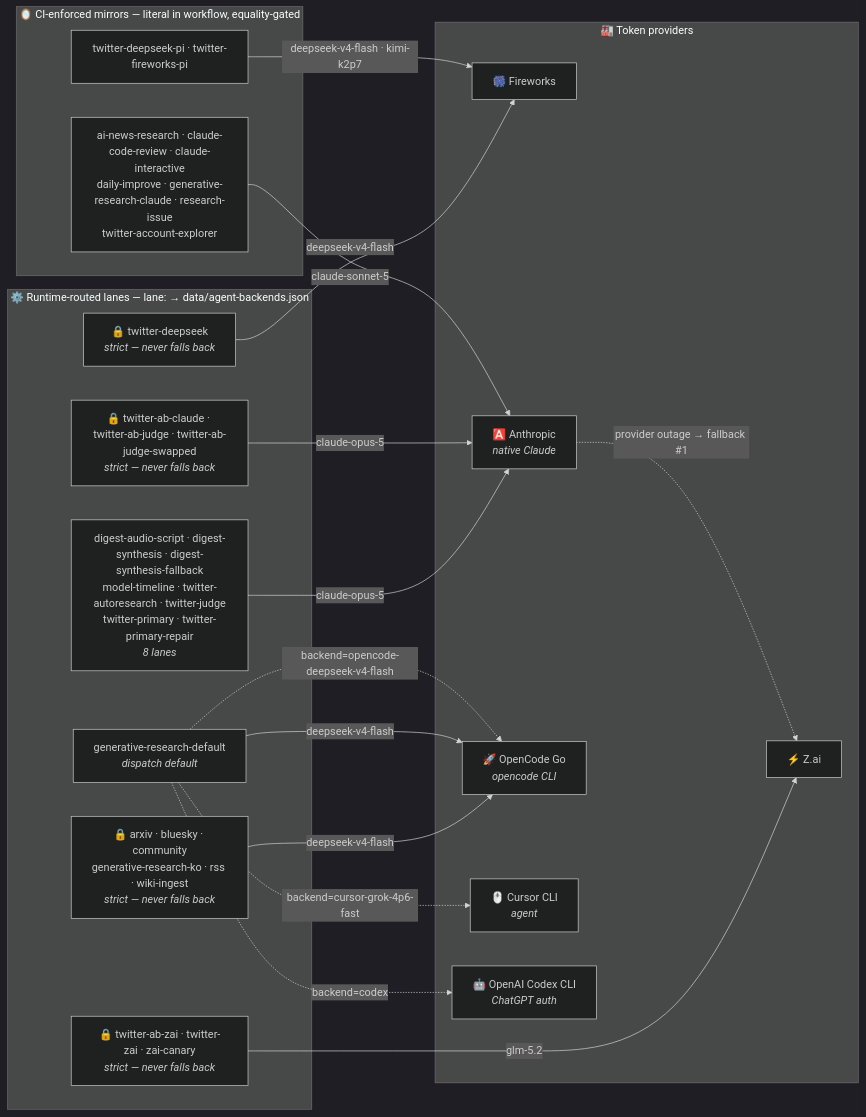
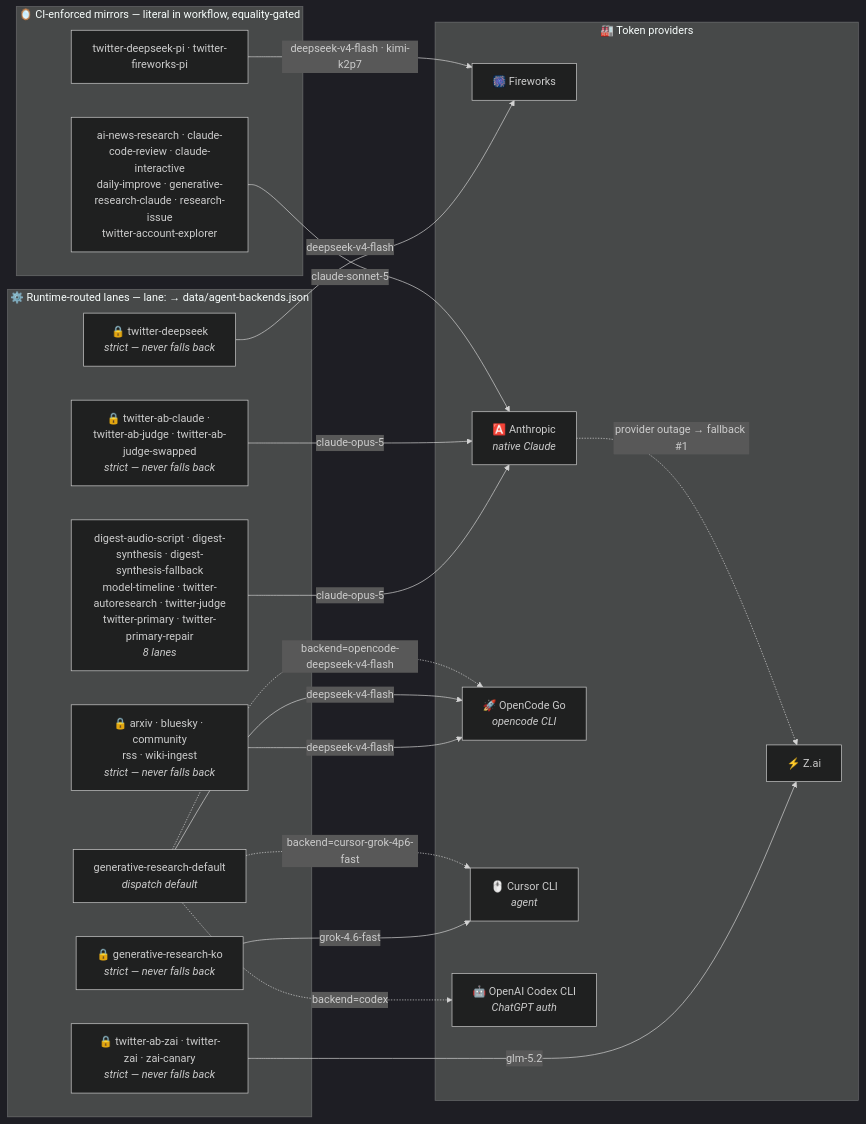
Before and after one commit to guzus/ai-research-arm: the second of 3 diagrams in README.md, drawn with Mermaid (dark theme). The commit also changed 8 other files, not shown here.

First line of the commit message:
Route Korean translation through Cursor Grok 4.6 Fast

````diff
--- a/README.md
+++ b/README.md
@@ -148,35 +148,37 @@
 ```mermaid
 flowchart LR
     subgraph runtime["⚙️ Runtime-routed lanes — lane: → data/agent-backends.json"]
         lanes0["digest-audio-script · digest-synthesis · digest-synthesis-fallback<br/>model-timeline · twitter-autoresearch · twitter-judge<br/>twitter-primary · twitter-primary-repair<br/><i>8 lanes</i>"]
         strict0["🔒 twitter-ab-claude · twitter-ab-judge · twitter-ab-judge-swapped<br/><i>strict — never falls back</i>"]
-        strict1["🔒 twitter-deepseek<br/><i>strict — never falls back</i>"]
-        strict2["🔒 arxiv · bluesky · community<br/>generative-research-ko · rss · wiki-ingest<br/><i>strict — never falls back</i>"]
-        strict3["🔒 twitter-ab-zai · twitter-zai · zai-canary<br/><i>strict — never falls back</i>"]
+        strict1["🔒 generative-research-ko<br/><i>strict — never falls back</i>"]
+        strict2["🔒 twitter-deepseek<br/><i>strict — never falls back</i>"]
+        strict3["🔒 arxiv · bluesky · community<br/>rss · wiki-ingest<br/><i>strict — never falls back</i>"]
+        strict4["🔒 twitter-ab-zai · twitter-zai · zai-canary<br/><i>strict — never falls back</i>"]
         gendef["generative-research-default<br/><i>dispatch default</i>"]
     end
     subgraph mirrors["🪞 CI-enforced mirrors — literal in workflow, equality-gated"]
         pi["twitter-deepseek-pi · twitter-fireworks-pi"]
         native["ai-news-research · claude-code-review · claude-interactive<br/>daily-improve · generative-research-claude · research-issue<br/>twitter-account-explorer"]
     end
     subgraph providers["🏭 Token providers"]
         FW["🎆 Fireworks"]
         ZAI["⚡ Z.ai"]
         ANT["🅰️ Anthropic<br/><i>native Claude</i>"]
         OC["🚀 OpenCode Go<br/><i>opencode CLI</i>"]
         CUR["🖱️ Cursor CLI<br/><i>agent</i>"]
         OAI["🤖 OpenAI Codex CLI<br/><i>ChatGPT auth</i>"]
     end
     lanes0 -->|"claude-opus-5"| ANT
     strict0 -->|"claude-opus-5"| ANT
-    strict1 -->|"deepseek-v4-flash"| FW
-    strict2 -->|"deepseek-v4-flash"| OC
-    strict3 -->|"glm-5.2"| ZAI
+    strict1 -->|"grok-4.6-fast"| CUR
+    strict2 -->|"deepseek-v4-flash"| FW
+    strict3 -->|"deepseek-v4-flash"| OC
+    strict4 -->|"glm-5.2"| ZAI
     gendef -->|"deepseek-v4-flash"| OC
     pi -->|"deepseek-v4-flash · kimi-k2p7"| FW
     native -->|"claude-sonnet-5"| ANT
     gendef -.->|"backend=codex"| OAI
     gendef -.->|"backend=opencode-deepseek-v4-flash"| OC
     gendef -.->|"backend=cursor-grok-4p6-fast"| CUR
     ANT -. "provider outage → fallback #1" .-> ZAI
 ```
````
